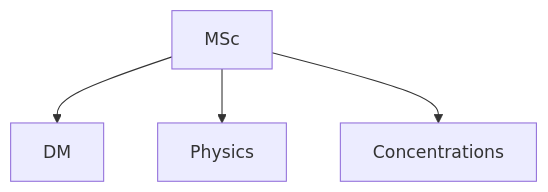
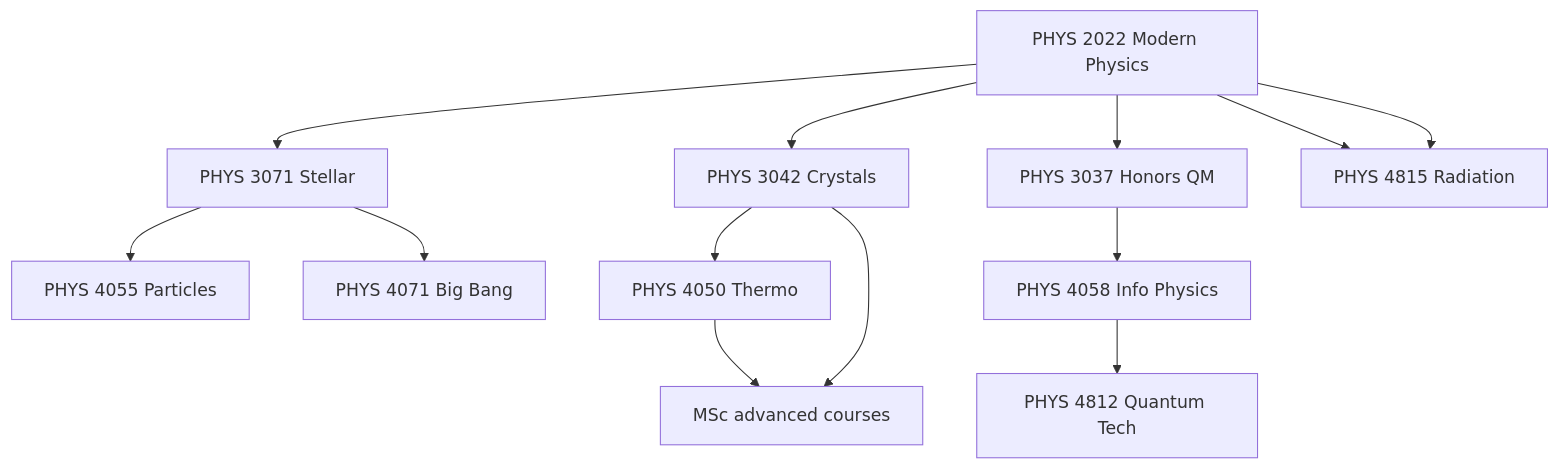
The third of 6 diagrams in 01_BSc_Physics/electives/README.md (yip-lgtm/PhysicsSelfStudy), drawn with Mermaid before and after one commit. The commit also changed other lines of this file and 4 other files, not shown here.

````diff
--- a/01_BSc_Physics/electives/README.md
+++ b/01_BSc_Physics/electives/README.md
@@ -131,6 +465,15 @@
 ```mermaid
 graph TD
-    A[MSc] --> B[DM]
-    A --> C[Physics]
-    A --> D[Concentrations]
+    A[PHYS 2022 Modern Physics] --> B[PHYS 3071 Stellar]
+    A --> C[PHYS 3042 Crystals]
+    A --> D[PHYS 3037 Honors QM]
+    B --> E[PHYS 4055 Particles]
+    B --> F[PHYS 4071 Big Bang]
+    C --> G[PHYS 4050 Thermo]
+    G --> H[MSc advanced courses]
+    D --> I[PHYS 4058 Info Physics]
+    I --> J[PHYS 4812 Quantum Tech]
+    A --> K[PHYS 4815 Radiation]
+    C --> H
+    A --> K
 ```
````
